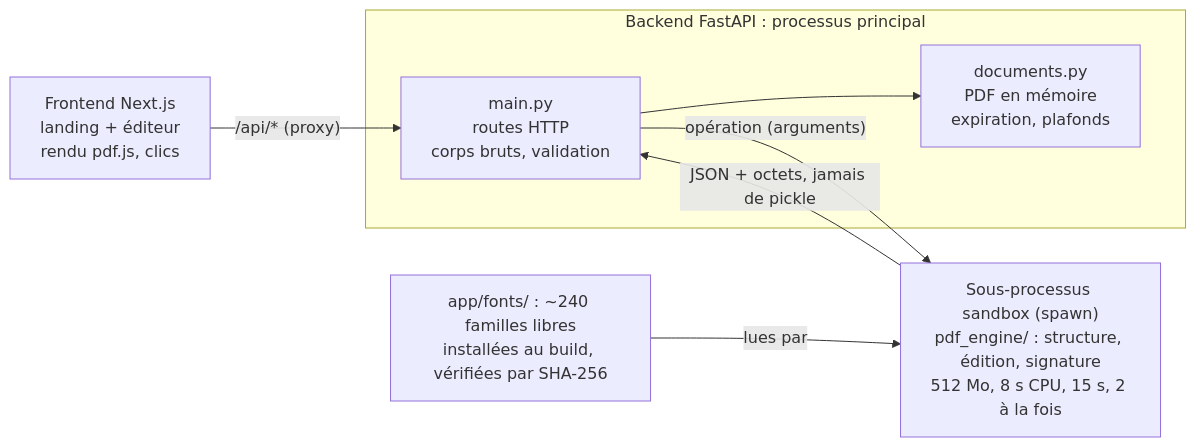
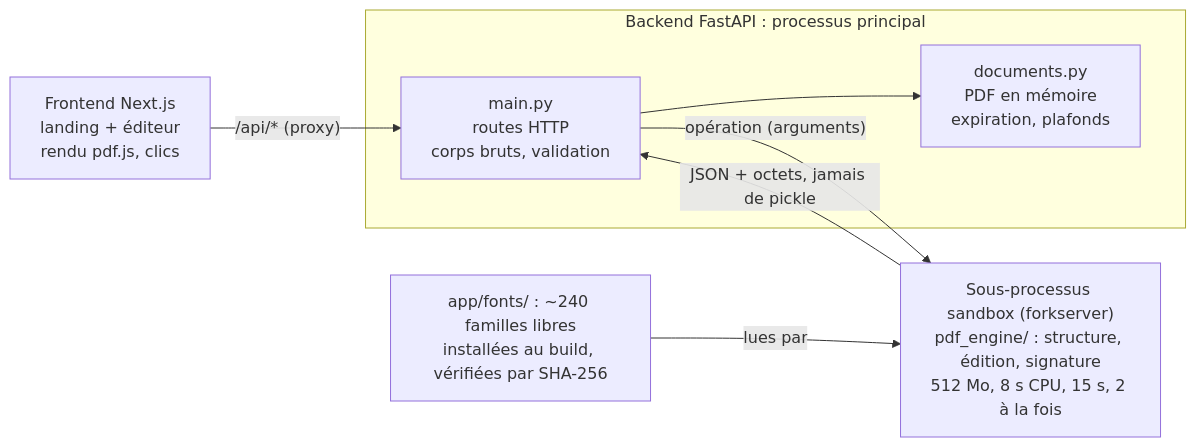
The diagram in docs/HANDOFF.md (0x3CE/Glyph), drawn with Mermaid before and after one commit. The commit also changed other lines of this file and 5 other files, not shown here.

````diff
--- a/docs/HANDOFF.md
+++ b/docs/HANDOFF.md
@@ -63,16 +63,16 @@
 ```mermaid
 flowchart LR
     FE["Frontend Next.js<br/>landing + éditeur<br/>rendu pdf.js, clics"]
     subgraph API["Backend FastAPI : processus principal"]
         MAIN["main.py<br/>routes HTTP<br/>corps bruts, validation"]
         DOCS["documents.py<br/>PDF en mémoire<br/>expiration, plafonds"]
     end
-    SB["Sous-processus sandbox (spawn)<br/>pdf_engine/ : structure, édition, signature<br/>512 Mo, 8 s CPU, 15 s, 2 à la fois"]
+    SB["Sous-processus sandbox (forkserver)<br/>pdf_engine/ : structure, édition, signature<br/>512 Mo, 8 s CPU, 15 s, 2 à la fois"]
     FONTS["app/fonts/ : ~240 familles libres<br/>installées au build, vérifiées par SHA-256"]
 
     FE -- "/api/* (proxy)" --> MAIN
     MAIN --> DOCS
     MAIN -- "opération (arguments)" --> SB
     SB -- "JSON + octets, jamais de pickle" --> MAIN
     FONTS -- "lues par" --> SB
 ```
````
